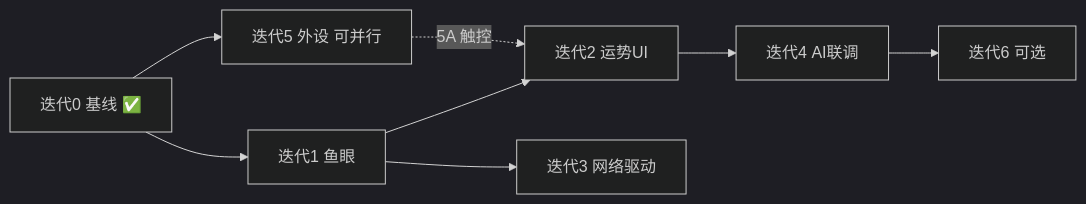
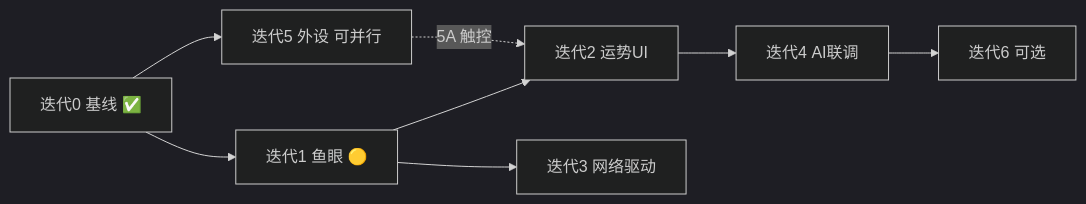
The diagram in doc/ai_compass_iteration_acceptance.md (wufanqqfsc/xiaozhi-esp32), drawn with Mermaid (dark theme) before and after one commit. The commit also changed other lines of this file and 10 other files, not shown here.

````diff
--- a/doc/ai_compass_iteration_acceptance.md
+++ b/doc/ai_compass_iteration_acceptance.md
@@ -59,10 +59,10 @@
 ```mermaid
 flowchart LR
-    I0[迭代0 基线 ✅] --> I1[迭代1 鱼眼]
+    I0[迭代0 基线 ✅] --> I1[迭代1 鱼眼 🟡]
     I1 --> I2[迭代2 运势UI]
     I1 --> I3[迭代3 网络驱动]
     I2 --> I4[迭代4 AI联调]
     I0 --> I5[迭代5 外设 可并行]
     I4 --> I6[迭代6 可选]
     I5 -.->|5A 触控| I2
 ```
````
